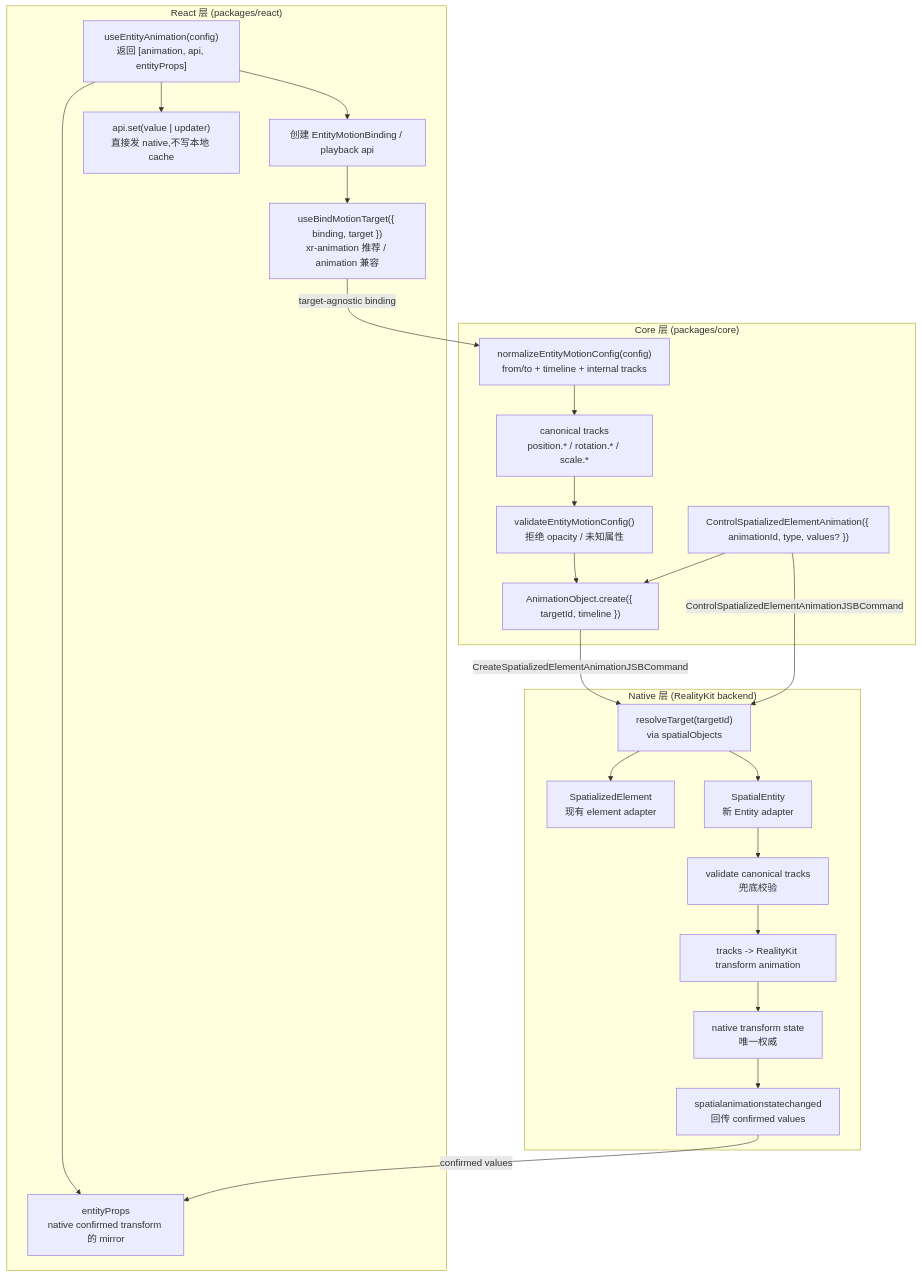
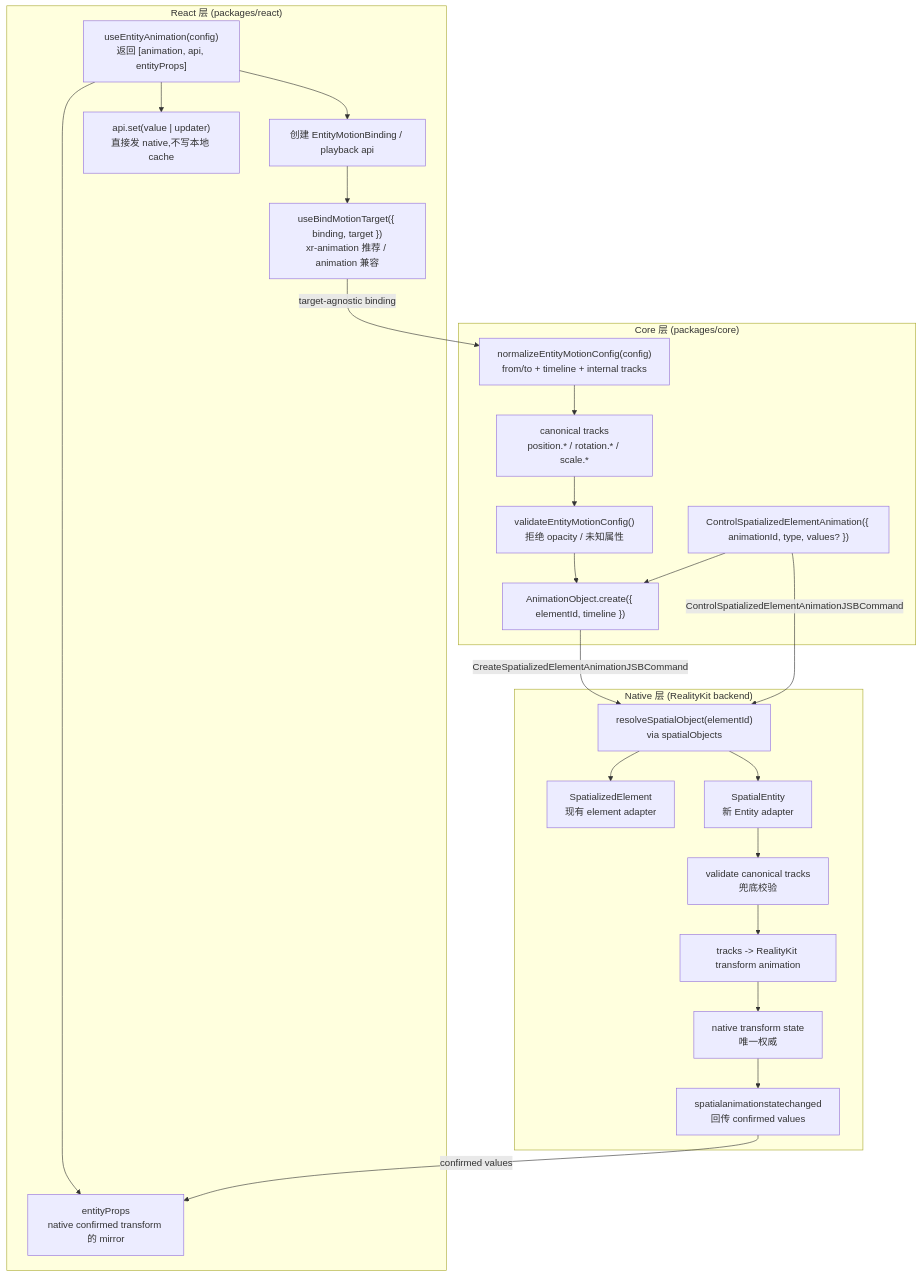
Before and after one commit to webspatial/webspatial-sdk: the first of 6 diagrams in openspec/changes/redesign-entity-motion-api/design.zh.md, drawn with Mermaid. The commit also changed other lines of this file and 1 other file, not shown here.

````diff
--- a/openspec/changes/redesign-entity-motion-api/design.zh.md
+++ b/openspec/changes/redesign-entity-motion-api/design.zh.md
@@ -82,50 +82,50 @@
 ```mermaid
 flowchart TB
     subgraph React["React 层 (packages/react)"]
         UseEntity["useEntityAnimation(config)<br/>返回 [animation, api, entityProps]"]
         ReactBinding["创建 EntityMotionBinding / playback api"]
         EntityProps["entityProps<br/>native confirmed transform 的 mirror"]
         ApiSet["api.set(value | updater)<br/>直接发 native,不写本地 cache"]
         BindTarget["useBindMotionTarget({ binding, target })<br/>xr-animation 推荐 / animation 兼容"]
 
         UseEntity --> ReactBinding
         UseEntity --> EntityProps
         UseEntity --> ApiSet
         ReactBinding --> BindTarget
     end
 
     subgraph Core["Core 层 (packages/core)"]
         Normalize["normalizeEntityMotionConfig(config)<br/>from/to + timeline + internal tracks"]
         Tracks["canonical tracks<br/>position.* / rotation.* / scale.*"]
         Validate["validateEntityMotionConfig()<br/>拒绝 opacity / 未知属性"]
-        CreateObject["AnimationObject.create({ targetId, timeline })"]
+        CreateObject["AnimationObject.create({ elementId, timeline })"]
         ControlObject["ControlSpatializedElementAnimation({ animationId, type, values? })"]
 
         Normalize --> Tracks
         Tracks --> Validate
         Validate --> CreateObject
         ControlObject --> CreateObject
     end
 
     subgraph Native["Native 层 (RealityKit backend)"]
-        Resolve["resolveTarget(targetId)<br/>via spatialObjects"]
+        Resolve["resolveSpatialObject(elementId)<br/>via spatialObjects"]
         ElementAdapter["SpatializedElement<br/>现有 element adapter"]
         EntityAdapter["SpatialEntity<br/>新 Entity adapter"]
         NativeValidate["validate canonical tracks<br/>兜底校验"]
         Compile["tracks -> RealityKit transform animation"]
         Authority["native transform state<br/>唯一权威"]
         Event["spatialanimationstatechanged<br/>回传 confirmed values"]
 
         Resolve --> ElementAdapter
         Resolve --> EntityAdapter
         EntityAdapter --> NativeValidate
         NativeValidate --> Compile
         Compile --> Authority
         Authority --> Event
     end
 
     BindTarget -->|"target-agnostic binding"| Normalize
     CreateObject -->|"CreateSpatializedElementAnimationJSBCommand"| Resolve
     ControlObject -->|"ControlSpatializedElementAnimationJSBCommand"| Resolve
     Event -->|"confirmed values"| EntityProps
 ```
````
